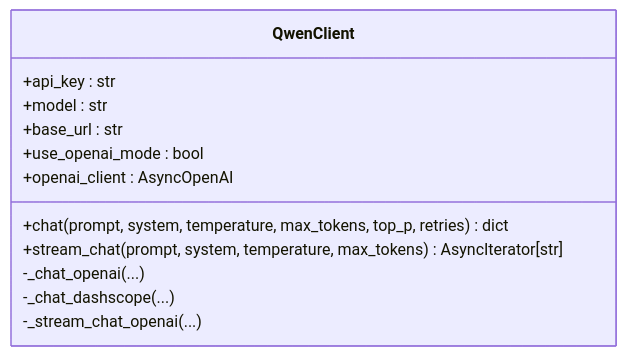
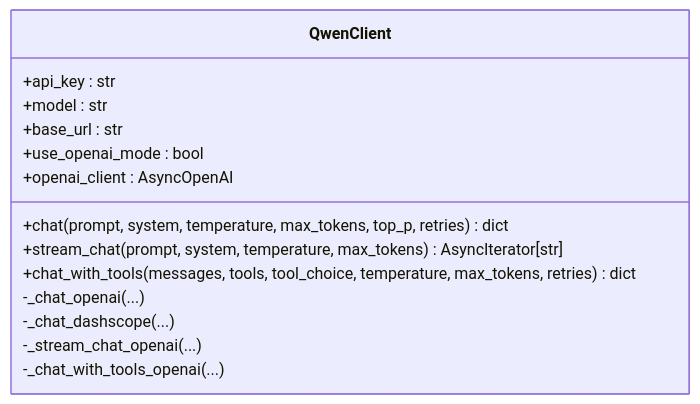
One commit to xfbyxq/ai-novel-system changed the third of 7 diagrams in .qoder/repowiki/zh/content/LLM集成架构/LLM客户端封装.md. Above: the diagram before and after it, drawn with Mermaid. The commit also changed other lines of this file and 29 other files, not shown here.

````diff
--- a/.qoder/repowiki/zh/content/LLM集成架构/LLM客户端封装.md
+++ b/.qoder/repowiki/zh/content/LLM集成架构/LLM客户端封装.md
@@ -166,15 +170,17 @@
 ```mermaid
 classDiagram
 class QwenClient {
 +api_key : str
 +model : str
 +base_url : str
 +use_openai_mode : bool
 +openai_client : AsyncOpenAI
 +chat(prompt, system, temperature, max_tokens, top_p, retries) dict
 +stream_chat(prompt, system, temperature, max_tokens) AsyncIterator[str]
++chat_with_tools(messages, tools, tool_choice, temperature, max_tokens, retries) dict
 -_chat_openai(...)
 -_chat_dashscope(...)
 -_stream_chat_openai(...)
+-_chat_with_tools_openai(...)
 }
 ```
````
